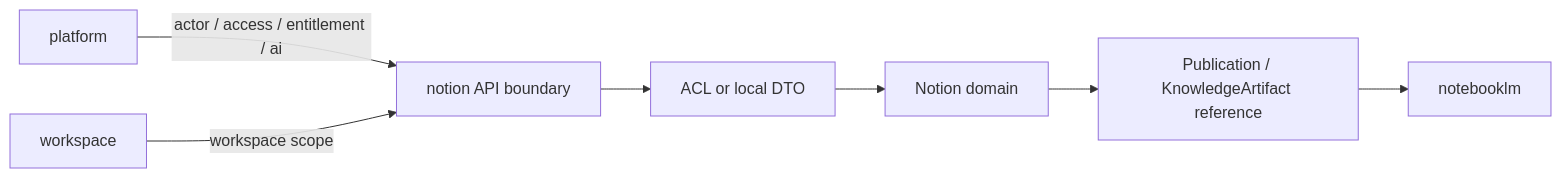
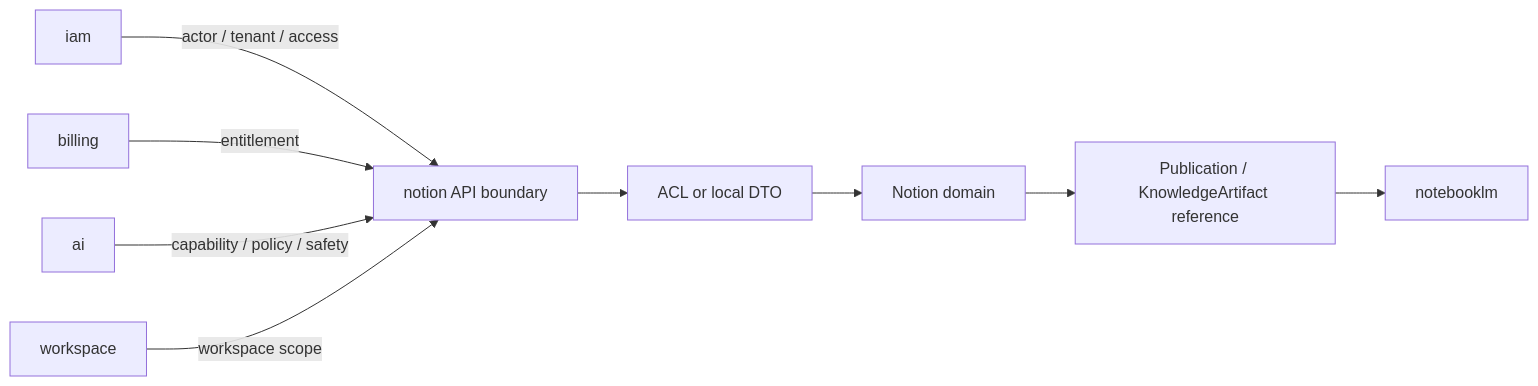
The second of 2 diagrams in docs/contexts/notion/context-map.md (122sp7/xuanwu-app), drawn with Mermaid before and after one commit. The commit also changed other lines of this file and 25 other files, not shown here.

````diff
--- a/docs/contexts/notion/context-map.md
+++ b/docs/contexts/notion/context-map.md
@@ -56,9 +58,11 @@
 ```mermaid
 flowchart LR
-	Platform["platform"] -->|actor / access / entitlement / ai| Boundary["notion API boundary"]
+	IAM["iam"] -->|actor / tenant / access| Boundary["notion API boundary"]
+	Billing["billing"] -->|entitlement| Boundary
+	AI["ai"] -->|capability / policy / safety| Boundary
 	Workspace["workspace"] -->|workspace scope| Boundary
 	Boundary --> ACL["ACL or local DTO"]
 	ACL --> Domain["Notion domain"]
 	Domain --> Publication["Publication / KnowledgeArtifact reference"]
 	Publication --> NotebookLM["notebooklm"]
 ```
````
